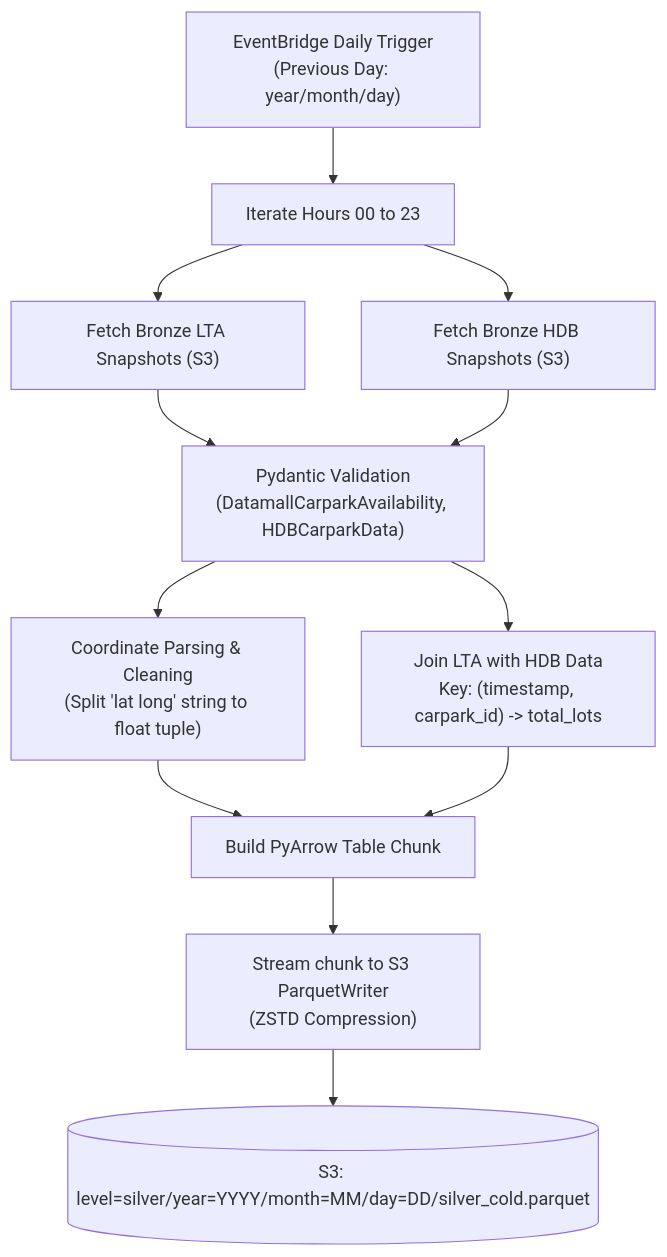
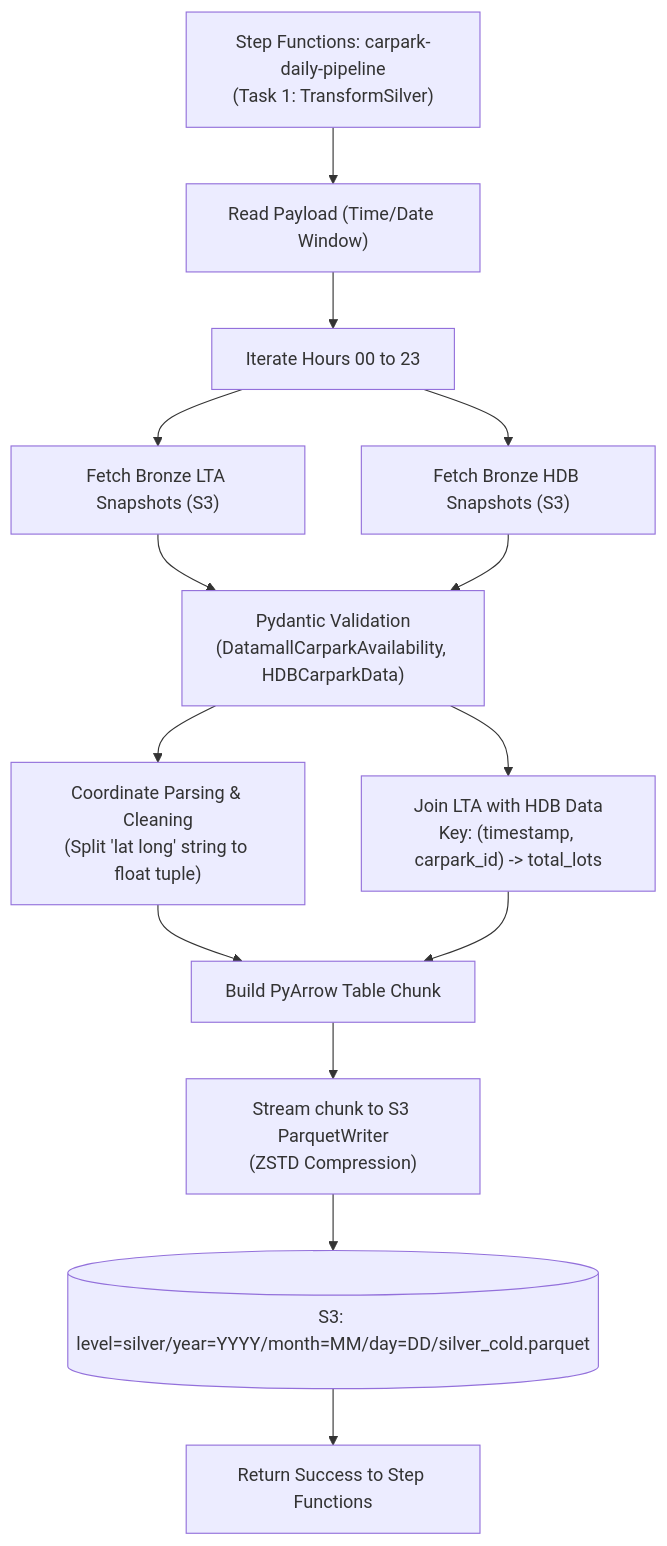
Before and after one commit to ShengHaozz/Carpark-Availabilities-Data: the diagram in docs/silver.md, drawn with Mermaid. The commit also changed other lines of this file and 2 other files, not shown here.

Commit message:
docs: update architecture and layer guides for Step Functions and gold dbt container

````diff
--- a/docs/silver.md
+++ b/docs/silver.md
@@ -21,12 +22,14 @@
 ```mermaid
 flowchart TD
-    A["EventBridge Daily Trigger\n(Previous Day: year/month/day)"] --> B["Iterate Hours 00 to 23"]
+    SFN["Step Functions: carpark-daily-pipeline\n(Task 1: TransformSilver)"] --> A["Read Payload (Time/Date Window)"]
+    A --> B["Iterate Hours 00 to 23"]
     B --> C["Fetch Bronze LTA Snapshots (S3)"]
     B --> D["Fetch Bronze HDB Snapshots (S3)"]
     C & D --> E["Pydantic Validation\n(DatamallCarparkAvailability, HDBCarparkData)"]
     E --> F["Coordinate Parsing & Cleaning\n(Split 'lat long' string to float tuple)"]
     E --> G["Join LTA with HDB Data\nKey: (timestamp, carpark_id) -> total_lots"]
     F & G --> H["Build PyArrow Table Chunk"]
     H --> I["Stream chunk to S3 ParquetWriter\n(ZSTD Compression)"]
     I --> J[("S3: level=silver/year=YYYY/month=MM/day=DD/silver_cold.parquet")]
+    J --> K["Return Success to Step Functions"]
 ```
````
